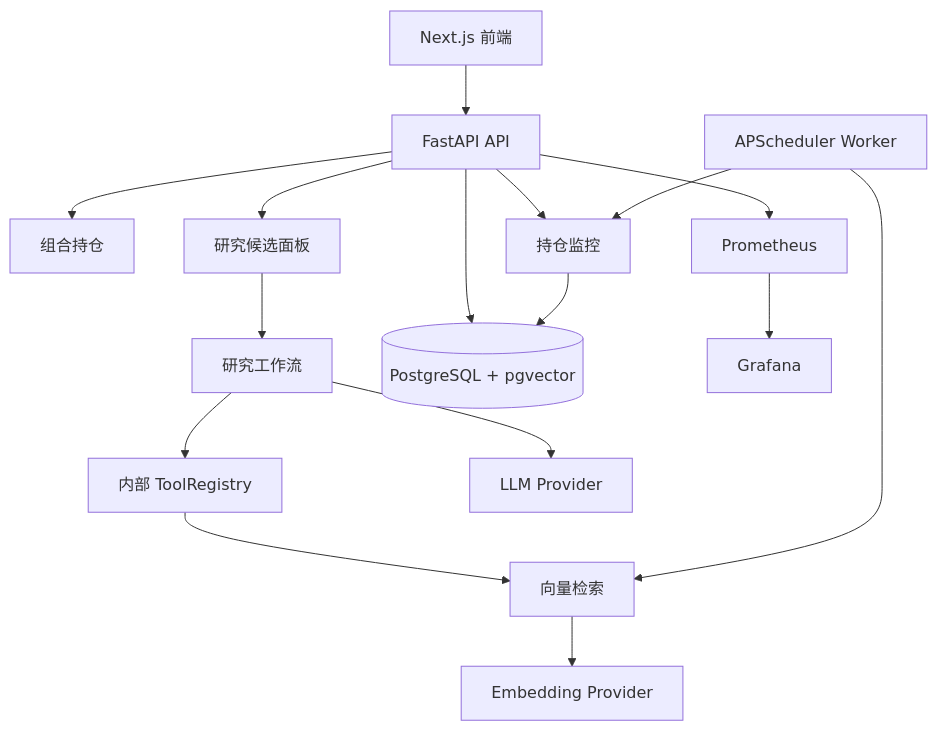
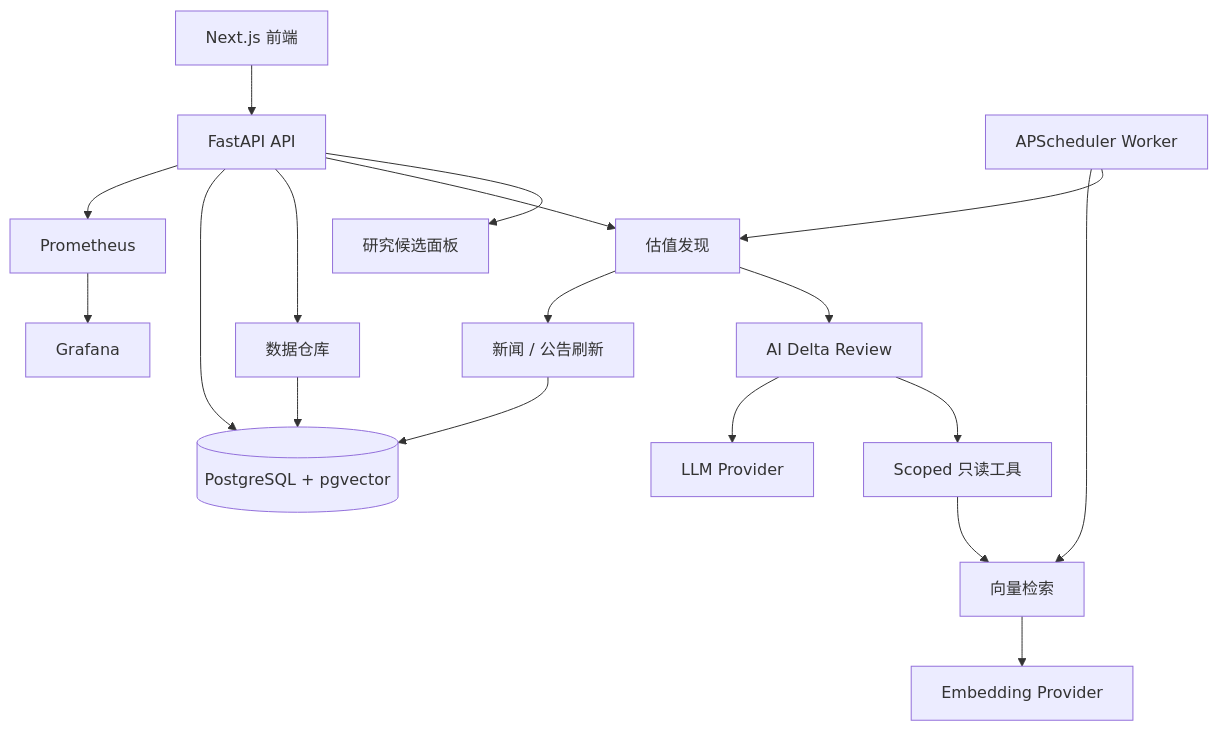
Before and after one commit to RickyW0529/Margin: the diagram in README.zh-CN.md, drawn with Mermaid. The commit also changed other lines of this file and 469 other files, not shown here.

First line of the commit message:
fix(research,dashboard): repair deepseek-broken files; wire frontend↔backend through; refactor UI shell

````diff
--- a/README.zh-CN.md
+++ b/README.zh-CN.md
@@ -42,18 +43,20 @@
 ```mermaid
 flowchart TB
     Web[Next.js 前端] --> API[FastAPI API]
-    API --> Portfolio[组合持仓]
     API --> Dashboard[研究候选面板]
-    API --> Monitoring[持仓监控]
-    Dashboard --> Research[研究工作流]
-    Research --> Tools[内部 ToolRegistry]
+    API --> Valuation[估值发现]
+    Valuation --> Research[AI Delta Review]
+    Research --> Tools[Scoped 只读工具]
     Tools --> Retrieval[向量检索]
+    Valuation --> News[新闻 / 公告刷新]
+    API --> Data[数据仓库]
     Research --> LLM[LLM Provider]
     Retrieval --> Embedding[Embedding Provider]
     API --> PG[(PostgreSQL + pgvector)]
-    Monitoring --> PG
-    Worker[APScheduler Worker] --> Monitoring
+    Data --> PG
+    News --> PG
+    Worker[APScheduler Worker] --> Valuation
     Worker --> Retrieval
     API --> Prometheus[Prometheus]
     Prometheus --> Grafana[Grafana]
 ```
````
